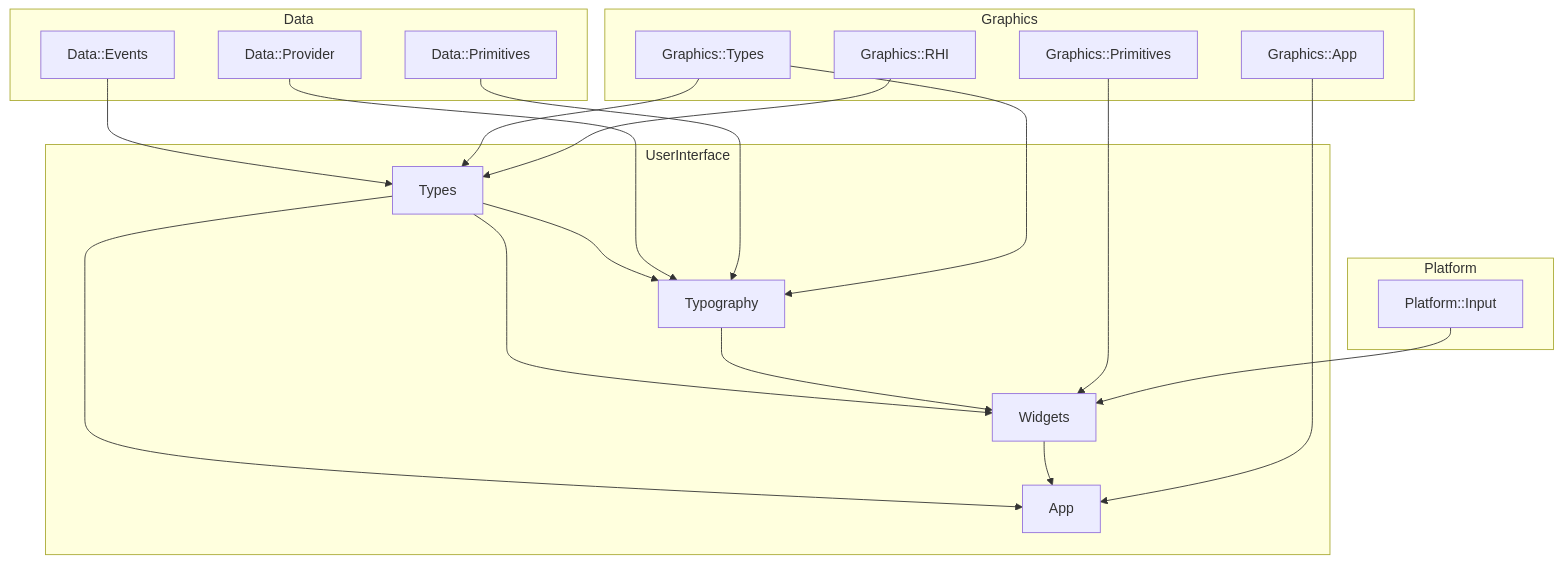
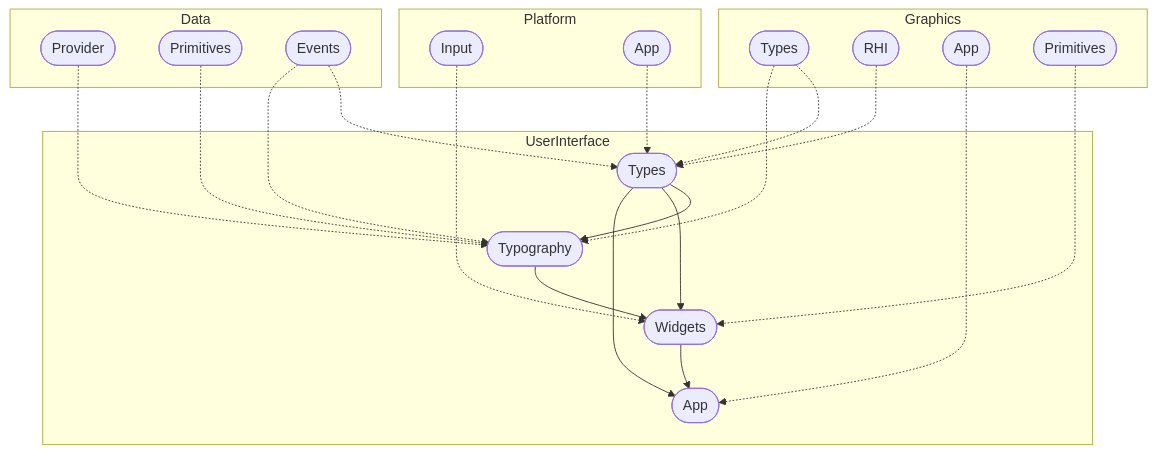
One commit to MethanePowered/MethaneKit changed the second of 2 diagrams in Modules/UserInterface/README.md. Above: the diagram before and after it, drawn with Mermaid. The commit also changed 8 other files, not shown here.

Commit message:
Update diagrams

````diff
--- a/Modules/UserInterface/README.md
+++ b/Modules/UserInterface/README.md
@@ -25,33 +25,44 @@
 ```mermaid
 flowchart TD;
     subgraph Data
-        Data::Provider
-        Data::Primitives
-        Data::Events
+        data_prov([Provider])
+        data_prim([Primitives])
+        data_event([Events])
     end
+    
     subgraph Platform
-        Platform::Input
+        pal_input([Input])
+        pal_app([App])
     end
+
     subgraph Graphics
-        Graphics::Types
-        Graphics::App
-        Graphics::RHI
-        Graphics::Primitives
+        gfx_type([Types])
+        gfx_rhi([RHI])
+        gfx_app([App])
+        gfx_prim([Primitives])
     end
+
     subgraph UserInterface
-        Types-->Typography
-        Types-->Widgets
-        Typography-->Widgets
-        Types-->App
-        Widgets-->App
+        ui_type([Types])
+        ui_typo([Typography])
+        ui_widget([Widgets])
+        ui_app([App])
     end
-    Data::Events-->Types
-    Graphics::Types-->Types
-    Graphics::RHI-->Types
-    Data::Provider-->Typography
-    Data::Primitives-->Typography
-    Graphics::Types-->Typography
-    Graphics::Primitives-->Widgets
-    Platform::Input-->Widgets
-    Graphics::App-->App
+
+    data_event-.->ui_type
+    data_event-.->ui_typo
+    gfx_type-.->ui_type
+    gfx_rhi-.->ui_type
+    data_prov-.->ui_typo
+    data_prim-.->ui_typo
+    gfx_type-.->ui_typo
+    gfx_prim-.->ui_widget
+    pal_input-.->ui_widget
+    pal_app-.->ui_type
+    gfx_app-.->ui_app
+    ui_type-->ui_typo
+    ui_type-->ui_widget
+    ui_type-->ui_app
+    ui_typo-->ui_widget
+    ui_widget-->ui_app
 ```
````
